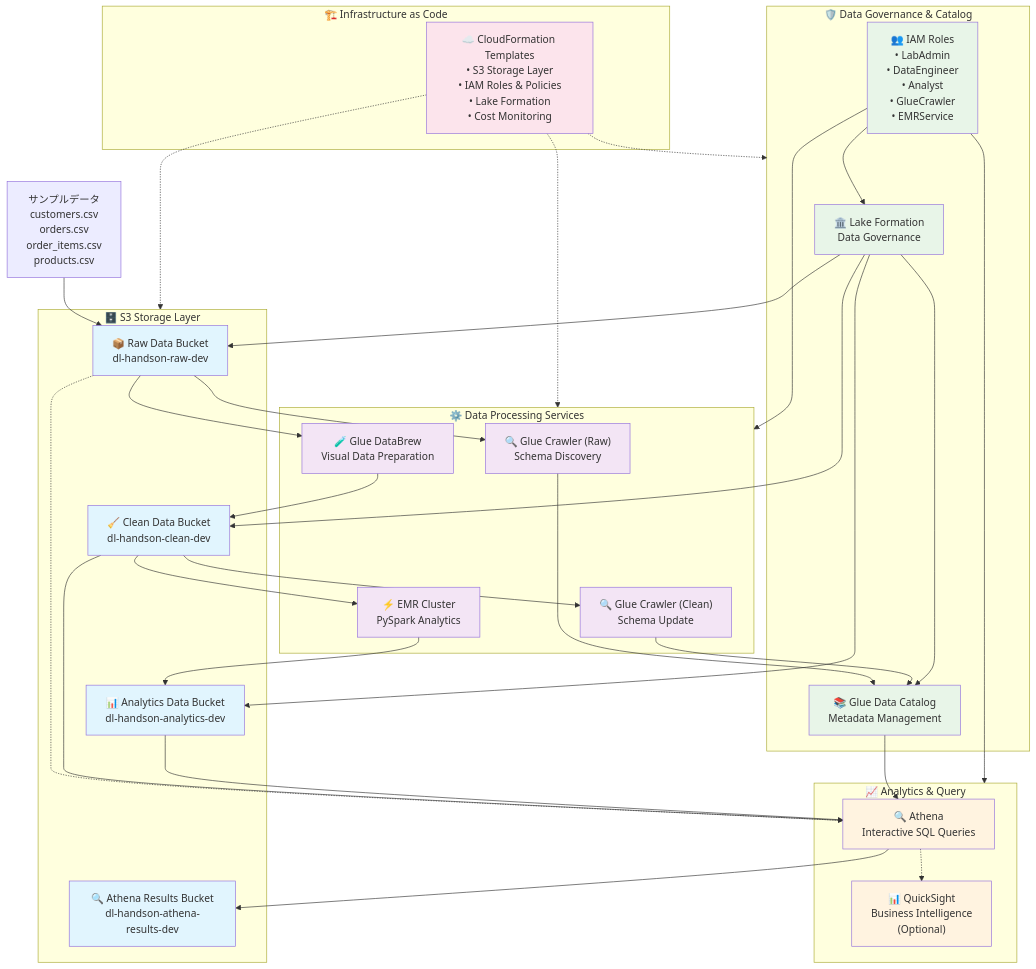
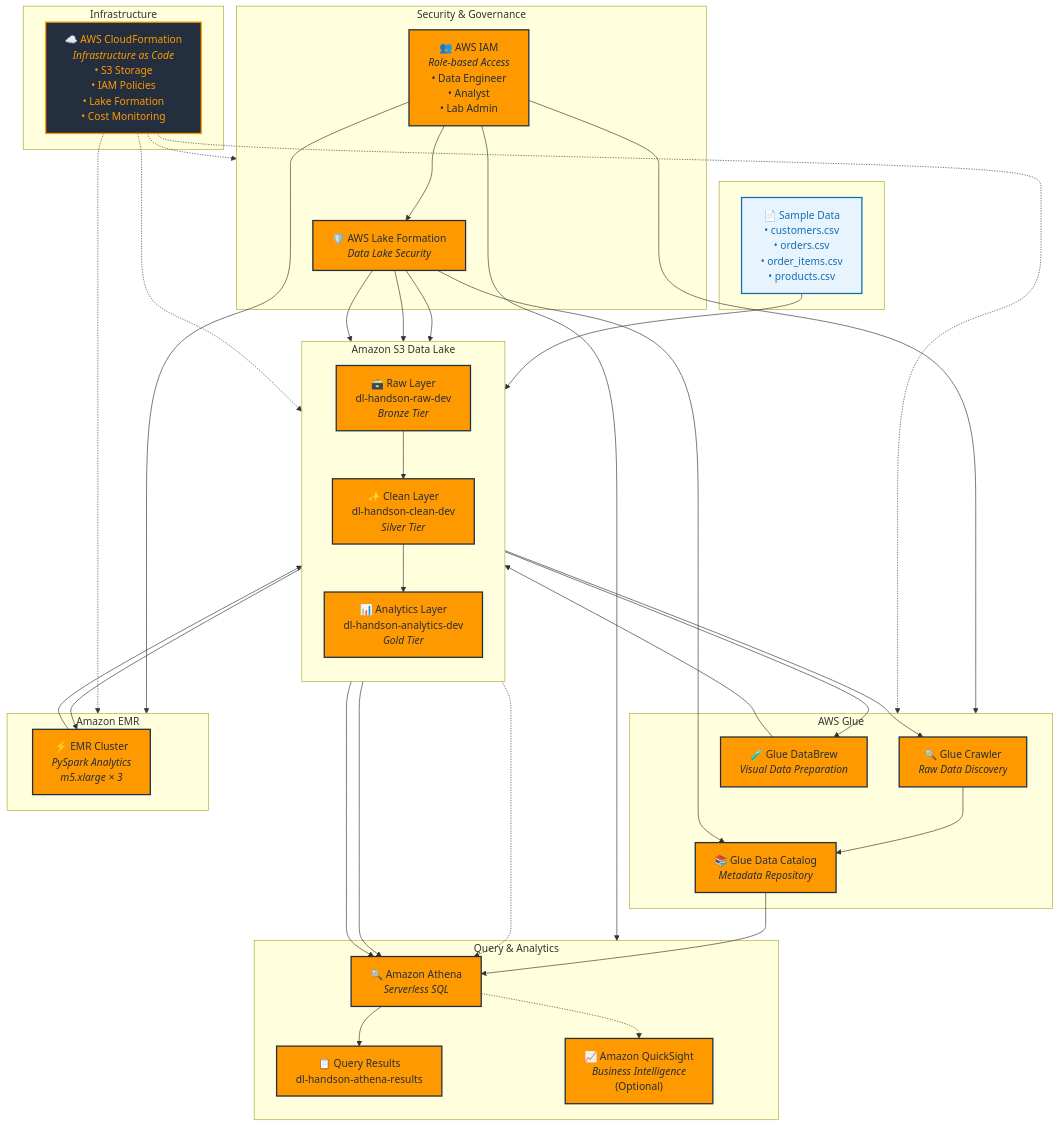
The diagram in datalake/README.md (yincma/AWS-Handson-Datalake), drawn with Mermaid before and after one commit.

````diff
--- a/datalake/README.md
+++ b/datalake/README.md
@@ -19,83 +19,98 @@
 ```mermaid
-flowchart TD
+graph TB
     %% Data Sources
-    SD[サンプルデータ<br/>customers.csv<br/>orders.csv<br/>order_items.csv<br/>products.csv] --> RawBucket
-
-    %% Storage Layer
-    subgraph S3["🗄️ S3 Storage Layer"]
-        RawBucket["📦 Raw Data Bucket<br/>dl-handson-raw-dev"]
-        CleanBucket["🧹 Clean Data Bucket<br/>dl-handson-clean-dev"]
-        AnalyticsBucket["📊 Analytics Data Bucket<br/>dl-handson-analytics-dev"]
-        AthenaResults["🔍 Athena Results Bucket<br/>dl-handson-athena-results-dev"]
+    subgraph DataSources[" "]
+        SD["📄 Sample Data<br/>• customers.csv<br/>• orders.csv<br/>• order_items.csv<br/>• products.csv"]
     end
 
-    %% Processing Services
-    subgraph Processing["⚙️ Data Processing Services"]
-        GlueCrawlerRaw["🔍 Glue Crawler (Raw)<br/>Schema Discovery"]
-        GlueCrawlerClean["🔍 Glue Crawler (Clean)<br/>Schema Update"]
-        GlueDataBrew["🧪 Glue DataBrew<br/>Visual Data Preparation"]
-        EMRCluster["⚡ EMR Cluster<br/>PySpark Analytics"]
+    %% Data Lake Storage Layers
+    subgraph DataLake["Amazon S3 Data Lake"]
+        direction TB
+        Raw["🗃️ Raw Layer<br/>dl-handson-raw-dev<br/><i>Bronze Tier</i>"]
+        Clean["✨ Clean Layer<br/>dl-handson-clean-dev<br/><i>Silver Tier</i>"]
+        Analytics["📊 Analytics Layer<br/>dl-handson-analytics-dev<br/><i>Gold Tier</i>"]
+        
+        Raw --> Clean
+        Clean --> Analytics
     end
 
-    %% Data Governance
-    subgraph Governance["🛡️ Data Governance & Catalog"]
-        LakeFormation["🏛️ Lake Formation<br/>Data Governance"]
-        GlueDataCatalog["📚 Glue Data Catalog<br/>Metadata Management"]
-        IAMRoles["👥 IAM Roles<br/>• LabAdmin<br/>• DataEngineer<br/>• Analyst<br/>• GlueCrawler<br/>• EMRService"]
+    %% Processing & ETL Services
+    subgraph AWSGlue["AWS Glue"]
+        Crawler1["🔍 Glue Crawler<br/><i>Raw Data Discovery</i>"]
+        DataBrew["🧪 Glue DataBrew<br/><i>Visual Data Preparation</i>"]
+        Catalog["📚 Glue Data Catalog<br/><i>Metadata Repository</i>"]
     end
 
-    %% Analytics Services
-    subgraph Analytics["📈 Analytics & Query"]
-        Athena["🔍 Athena<br/>Interactive SQL Queries"]
-        QuickSight["📊 QuickSight<br/>Business Intelligence<br/>(Optional)"]
+    subgraph EMR["Amazon EMR"]
+        EMRCluster["⚡ EMR Cluster<br/><i>PySpark Analytics<br/>m5.xlarge × 3</i>"]
     end
 
-    %% Data Flow
-    RawBucket --> GlueCrawlerRaw
-    GlueCrawlerRaw --> GlueDataCatalog
-    RawBucket --> GlueDataBrew
-    GlueDataBrew --> CleanBucket
-    CleanBucket --> GlueCrawlerClean
-    GlueCrawlerClean --> GlueDataCatalog
-    CleanBucket --> EMRCluster
-    EMRCluster --> AnalyticsBucket
+    %% Analytics & Query Services
+    subgraph QueryServices["Query & Analytics"]
+        Athena["🔍 Amazon Athena<br/><i>Serverless SQL</i>"]
+        AthenaResults["📋 Query Results<br/>dl-handson-athena-results"]
+        QuickSight["📈 Amazon QuickSight<br/><i>Business Intelligence</i><br/>(Optional)"]
+    end
 
-    %% Query Layer
-    GlueDataCatalog --> Athena
-    RawBucket -.-> Athena
-    CleanBucket --> Athena
-    AnalyticsBucket --> Athena
+    %% Security & Governance
+    subgraph Security["Security & Governance"]
+        LakeFormation["🛡️ AWS Lake Formation<br/><i>Data Lake Security</i>"]
+        IAM["👥 AWS IAM<br/><i>Role-based Access</i><br/>• Data Engineer<br/>• Analyst<br/>• Lab Admin"]
+    end
+
+    %% Infrastructure as Code
+    subgraph IaC["Infrastructure"]
+        CloudFormation["☁️ AWS CloudFormation<br/><i>Infrastructure as Code</i><br/>• S3 Storage<br/>• IAM Policies<br/>• Lake Formation<br/>• Cost Monitoring"]
+    end
+
+    %% Data Flow Connections
+    SD --> Raw
+    Raw --> Crawler1
+    Raw --> DataBrew
+    Crawler1 --> Catalog
+    DataBrew --> Clean
+    Clean --> EMRCluster
+    EMRCluster --> Analytics
+    
+    %% Query Connections
+    Catalog --> Athena
+    Raw -.-> Athena
+    Clean --> Athena
+    Analytics --> Athena
     Athena --> AthenaResults
     Athena -.-> QuickSight
 
-    %% Governance Integration
-    LakeFormation --> GlueDataCatalog
-    LakeFormation --> RawBucket
-    LakeFormation --> CleanBucket
-    LakeFormation --> AnalyticsBucket
-    IAMRoles --> LakeFormation
-    IAMRoles --> Processing
-    IAMRoles --> Analytics
+    %% Governance Connections
+    LakeFormation --> Catalog
+    LakeFormation --> Raw
+    LakeFormation --> Clean
+    LakeFormation --> Analytics
+    IAM --> LakeFormation
+    IAM --> AWSGlue
+    IAM --> EMR
+    IAM --> QueryServices
 
-    %% Infrastructure
-    subgraph Infrastructure["🏗️ Infrastructure as Code"]
-        CloudFormation["☁️ CloudFormation Templates<br/>• S3 Storage Layer<br/>• IAM Roles & Policies<br/>• Lake Formation<br/>• Cost Monitoring"]
-    end
+    %% Infrastructure Connections
+    CloudFormation -.-> DataLake
+    CloudFormation -.-> Security
+    CloudFormation -.-> AWSGlue
+    CloudFormation -.-> EMR
 
-    CloudFormation -.-> S3
-    CloudFormation -.-> Governance
-    CloudFormation -.-> Processing
+    %% AWS Official Color Scheme
+    classDef s3 fill:#FF9900,stroke:#232F3E,stroke-width:2px,color:#232F3E
+    classDef glue fill:#FF9900,stroke:#232F3E,stroke-width:2px,color:#232F3E
+    classDef emr fill:#FF9900,stroke:#232F3E,stroke-width:2px,color:#232F3E
+    classDef analytics fill:#FF9900,stroke:#232F3E,stroke-width:2px,color:#232F3E
+    classDef security fill:#FF9900,stroke:#232F3E,stroke-width:2px,color:#232F3E
+    classDef infra fill:#232F3E,stroke:#FF9900,stroke-width:2px,color:#FF9900
+    classDef data fill:#E8F4FD,stroke:#146EB4,stroke-width:2px,color:#146EB4
 
-    %% Styling
-    classDef storage fill:#e1f5fe
-    classDef processing fill:#f3e5f5
-    classDef governance fill:#e8f5e8
-    classDef analytics fill:#fff3e0
-    classDef infrastructure fill:#fce4ec
-
-    class RawBucket,CleanBucket,AnalyticsBucket,AthenaResults storage
-    class GlueCrawlerRaw,GlueCrawlerClean,GlueDataBrew,EMRCluster processing
-    class LakeFormation,GlueDataCatalog,IAMRoles governance
+    %% Apply Styles
+    class Raw,Clean,Analytics,AthenaResults s3
+    class Crawler1,DataBrew,Catalog glue
+    class EMRCluster emr
     class Athena,QuickSight analytics
-    class CloudFormation infrastructure
+    class LakeFormation,IAM security
+    class CloudFormation infra
+    class SD data
 ```
````
